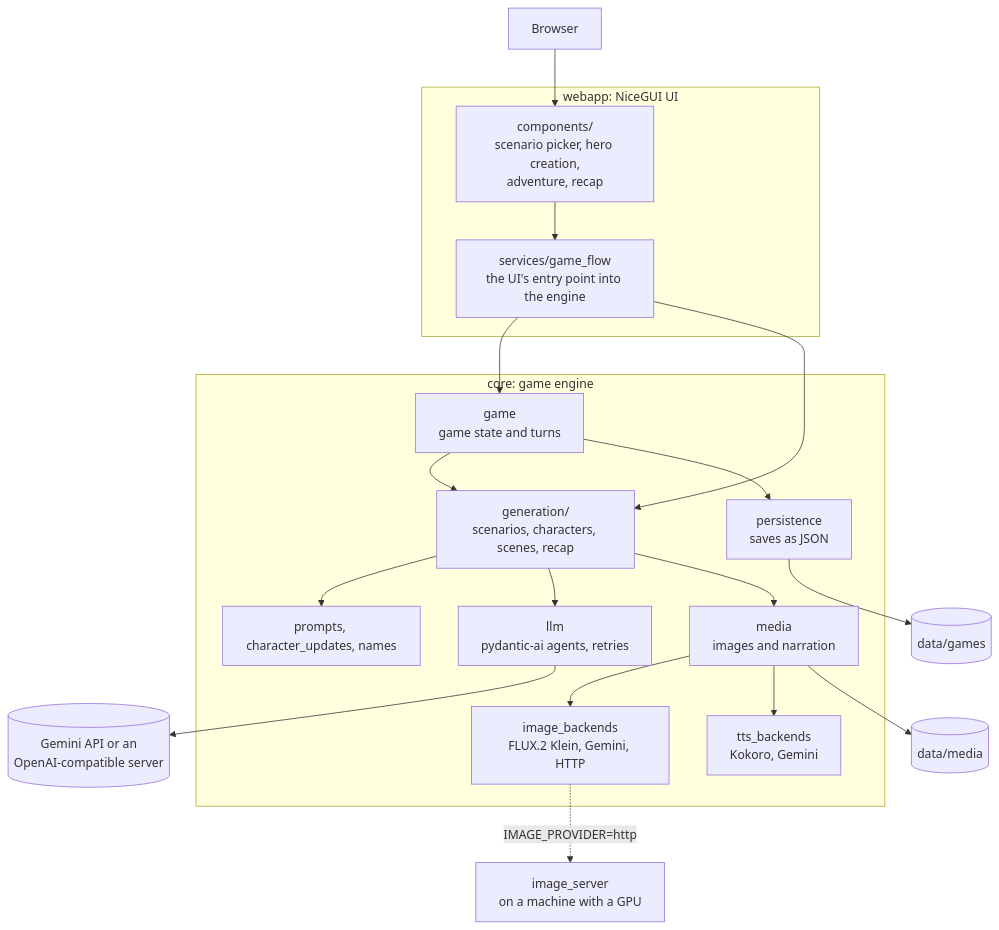
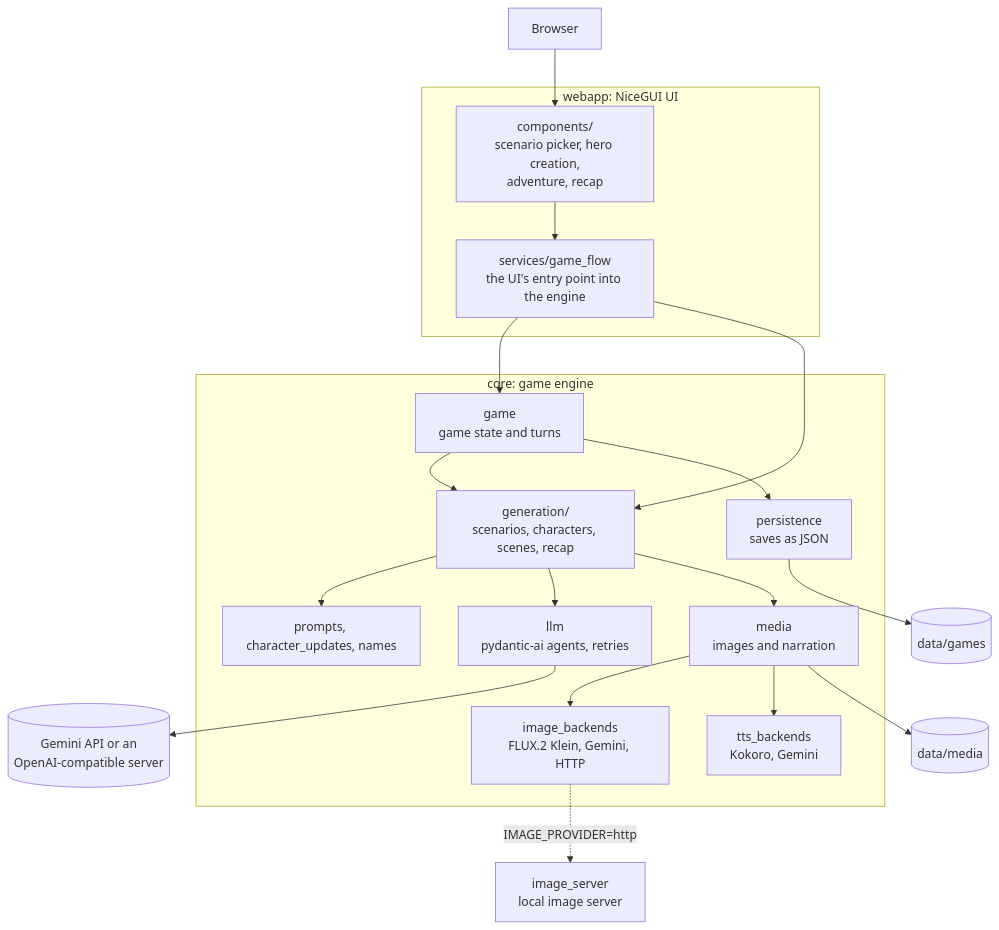
Before and after one commit to MarekLipan/generated-adventures: the first of 2 diagrams in docs/architecture.md, drawn with Mermaid. The commit also changed other lines of this file and 8 other files, not shown here.

````diff
--- a/docs/architecture.md
+++ b/docs/architecture.md
@@ -9,35 +9,35 @@
 ```mermaid
 flowchart TD
     Browser["Browser"] --> UI
 
     subgraph web["webapp: NiceGUI UI"]
         UI["components/<br/>scenario picker, hero creation,<br/>adventure, recap"]
         Flow["services/game_flow<br/>the UI's entry point into the engine"]
         UI --> Flow
     end
 
     subgraph engine["core: game engine"]
         Game["game<br/>game state and turns"]
         Gen["generation/<br/>scenarios, characters, scenes, recap"]
         Helpers["prompts, character_updates, names"]
         LLM["llm<br/>pydantic-ai agents, retries"]
         Media["media<br/>images and narration"]
         Store["persistence<br/>saves as JSON"]
         Img["image_backends<br/>FLUX.2 Klein, Gemini, HTTP"]
         TTS["tts_backends<br/>Kokoro, Gemini"]
         Game --> Gen
         Game --> Store
         Gen --> Helpers
         Gen --> LLM
         Gen --> Media
         Media --> Img
         Media --> TTS
     end
 
     Flow --> Game
     Flow --> Gen
     LLM --> TextAPI[("Gemini API or an<br/>OpenAI-compatible server")]
-    Img -.->|IMAGE_PROVIDER=http| Server["image_server<br/>on a machine with a GPU"]
+    Img -.->|IMAGE_PROVIDER=http| Server["image_server<br/>local image server"]
     Store --> Saves[("data/games")]
     Media --> Files[("data/media")]
 ```
````
